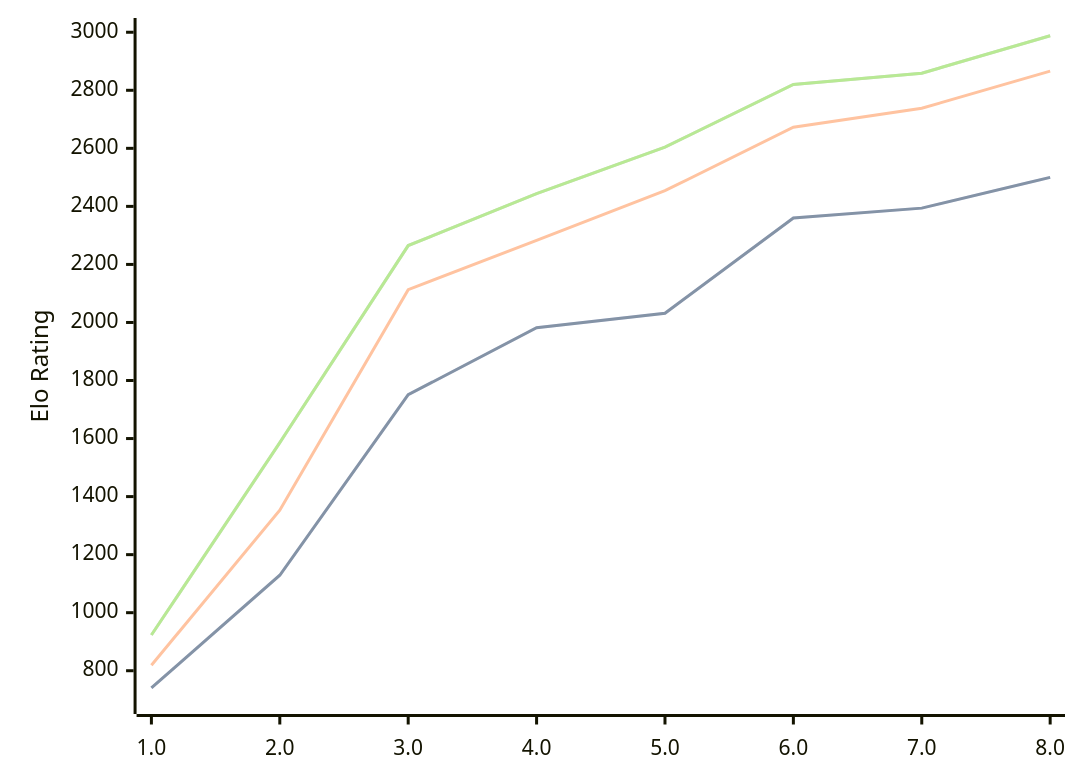
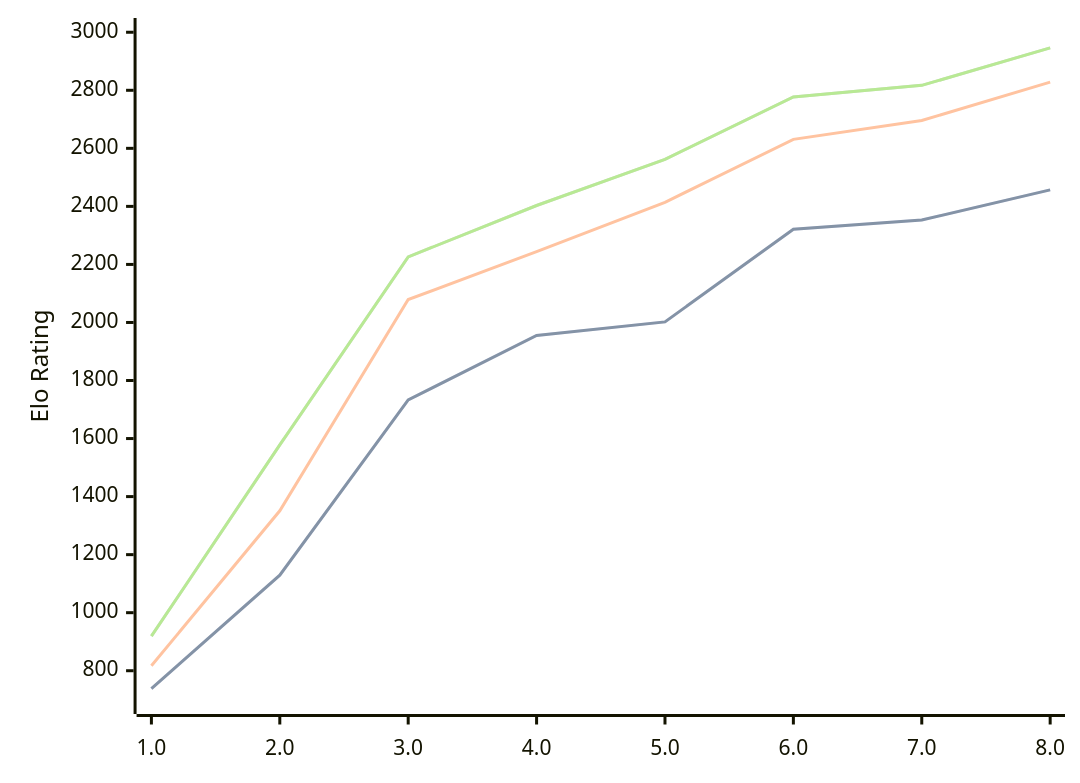
The diagram in engines/Pea.md (computer-chess-index/cci), drawn with Mermaid before and after one commit. The commit also changed other lines of this file, not shown here.

Commit message:
Update CCI Ratings (ELO VLTC) - 2026-05-19

````diff
--- a/engines/Pea.md
+++ b/engines/Pea.md
@@ -38,11 +38,11 @@
 ```mermaid
 %%{init: {"theme":"base","themeVariables":{"seriesColors:['#a3a3a3','#222221','#faa371']}}}%%
 xychart-beta
   x-axis ["1.0", "2.0", "3.0", "4.0", "5.0", "6.0", "7.0", "8.0"]
   y-axis "Elo Rating" 700 --> 3000
-  line "STC (8.0+0.08s)" [741, 1129, 1751, 1982, 2032, 2360, 2394, 2500]
-  line "STC (8.0+0.08s)" [741, 1129, 1751, 1982, 2032, 2360, 2394, 2500]
-  line "LTC (60.0+0.60s)" [819, 1353, 2113, 2283, 2454, 2673, 2738, 2866]
-  line "VLTC (2m24s+1.12s)" [923, 1586, 2265, 2444, 2604, 2820, 2859, 2988]
-  line "VLTC (2m24s+1.12s)" [923, 1586, 2265, 2444, 2604, 2820, 2859, 2988]
+  line "STC (8.0+0.08s)" [738, 1129, 1733, 1955, 2002, 2321, 2353, 2457]
+  line "STC (8.0+0.08s)" [738, 1129, 1733, 1955, 2002, 2321, 2353, 2457]
+  line "LTC (60.0+0.60s)" [817, 1351, 2079, 2244, 2414, 2631, 2696, 2828]
+  line "VLTC (2m24s+1.12s)" [919, 1578, 2226, 2403, 2562, 2777, 2817, 2946]
+  line "VLTC (2m24s+1.12s)" [919, 1578, 2226, 2403, 2562, 2777, 2817, 2946]
 ```
````
